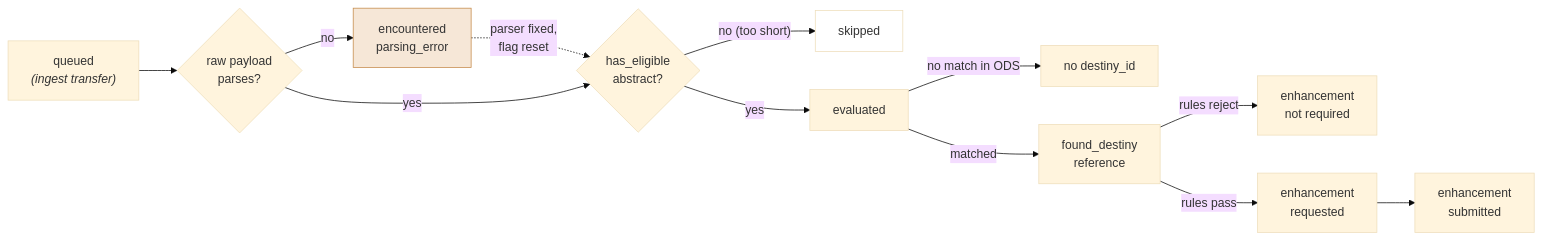
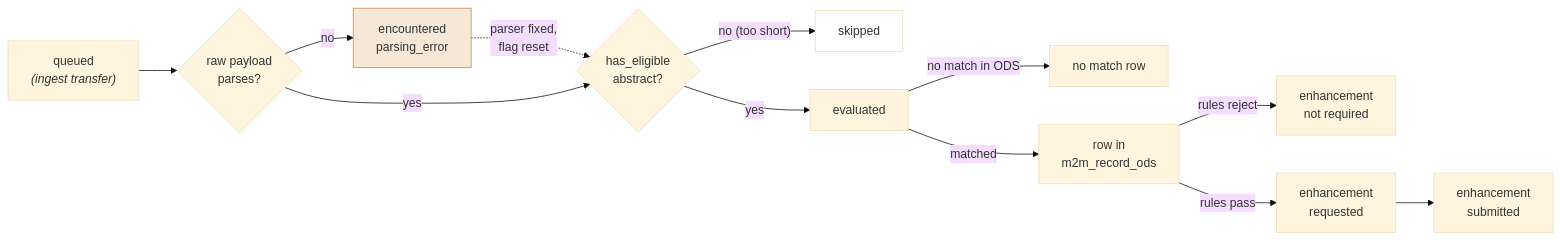
One commit to destiny-evidence/bulk-abstract-ingest-robot changed the first of 3 diagrams in docs/docs/data-model.md. Above: the diagram before and after it, drawn with Mermaid (base theme). The commit also changed other lines of this file and 18 other files, not shown here.

Commit message:
Add m2m tracking of multiple ODS IDs per record

````diff
--- a/docs/docs/data-model.md
+++ b/docs/docs/data-model.md
@@ -45,17 +42,17 @@
 ```mermaid
 flowchart LR
     NEW["queued<br/><i>(ingest transfer)</i>"] --> PARSE{"raw payload<br/>parses?"}
     PARSE -- "no" --> PARKED["encountered<br/>parsing_error"]
     PARKED -. "parser fixed,<br/>flag reset" .-> ELIG
     PARSE -- yes --> ELIG{"has_eligible<br/>abstract?"}
     ELIG -- "no (too short)" --> DEAD["skipped"]
     ELIG -- yes --> EVAL["evaluated"]
-    EVAL -- "no match in ODS" --> NOMATCH["no destiny_id"]
-    EVAL -- matched --> FOUND["found_destiny<br/>reference"]
-    FOUND -- "rules reject" --> NOTREQ["enhancement<br/>not required"]
-    FOUND -- "rules pass" --> REQ["enhancement<br/>requested"]
+    EVAL -- "no match in ODS" --> NOMATCH["no match row"]
+    EVAL -- matched --> MATCHROW["row in<br/>m2m_record_ods"]
+    MATCHROW -- "rules reject" --> NOTREQ["enhancement<br/>not required"]
+    MATCHROW -- "rules pass" --> REQ["enhancement<br/>requested"]
     REQ --> SUB["enhancement<br/>submitted"]
 
     style DEAD fill:transparent
     style PARKED fill:#f6e7d7,stroke:#c58b4b
 ```
````
